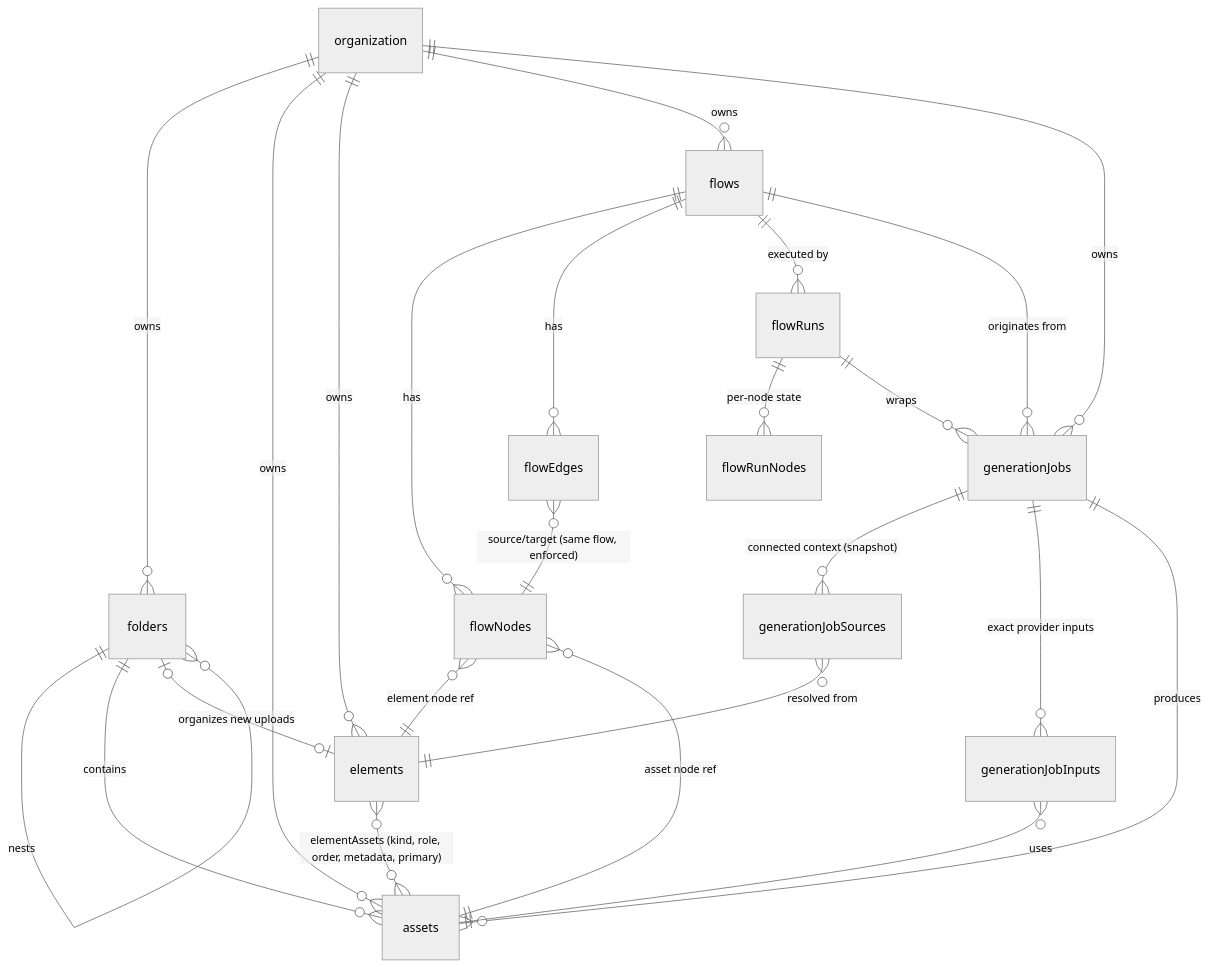
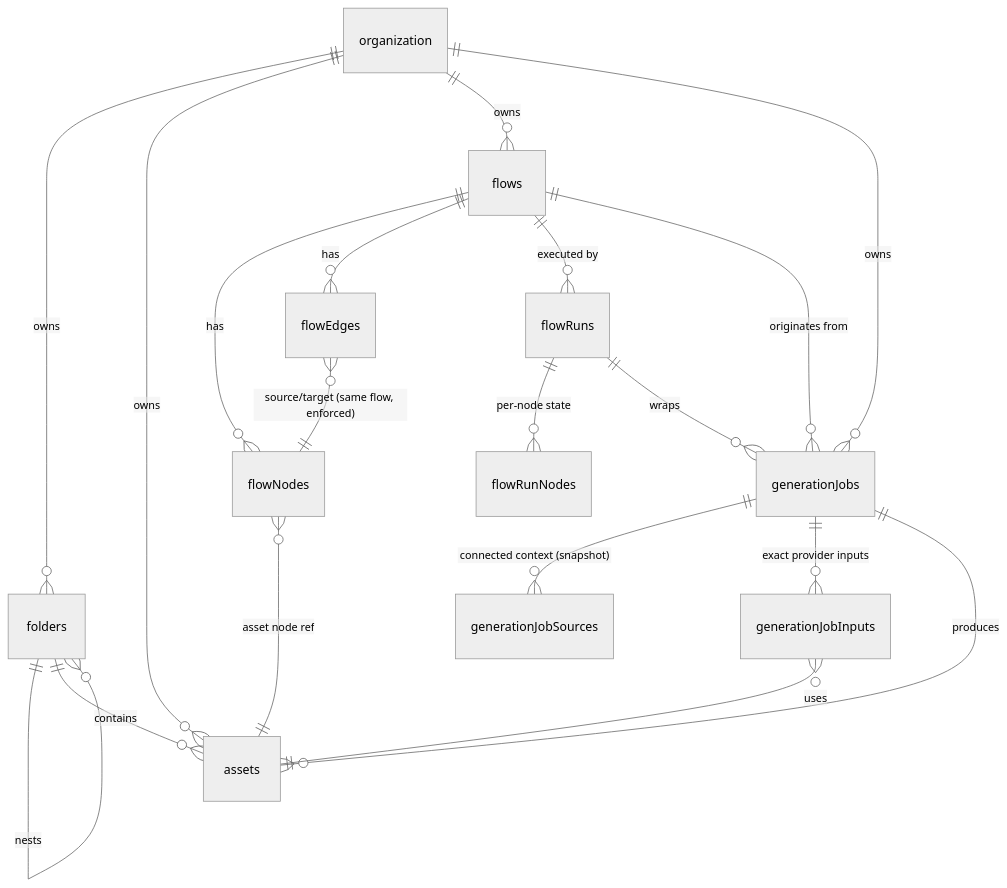
Before and after one commit to leognmotta/talelabs: the diagram in docs/db-design-planning-v2.md, drawn with Mermaid (neutral theme). The commit also changed other lines of this file and 15 other files, not shown here.

Commit message:
docs(product): reset MVP around assets and flows

````diff
--- a/docs/db-design-planning-v2.md
+++ b/docs/db-design-planning-v2.md
@@ -102,30 +118,23 @@
 ```mermaid
 erDiagram
     organization ||--o{ folders : owns
     organization ||--o{ assets : owns
-    organization ||--o{ elements : owns
     organization ||--o{ flows : owns
     organization ||--o{ generationJobs : owns
 
     folders ||--o{ folders : nests
     folders ||--o{ assets : contains
-    folders o|--o| elements : "organizes new uploads"
-
-    elements }o--o{ assets : "elementAssets (kind, role, order, metadata, primary)"
-
     flows ||--o{ flowNodes : has
     flows ||--o{ flowEdges : has
     flows ||--o{ flowRuns : "executed by"
     flowRuns ||--o{ flowRunNodes : "per-node state"
     flowRuns ||--o{ generationJobs : wraps
-    flowNodes }o--|| elements : "element node ref"
     flowNodes }o--|| assets : "asset node ref"
     flowEdges }o--|| flowNodes : "source/target (same flow, enforced)"
 
     generationJobs }o--|| flows : "originates from"
     generationJobs ||--o{ generationJobSources : "connected context (snapshot)"
     generationJobs ||--o{ generationJobInputs : "exact provider inputs"
     generationJobs ||--o{ assets : produces
-    generationJobSources }o--|| elements : "resolved from"
     generationJobInputs }o--|| assets : uses
 ```
````
